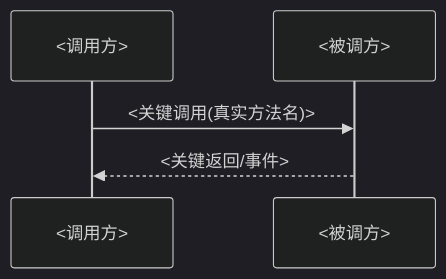
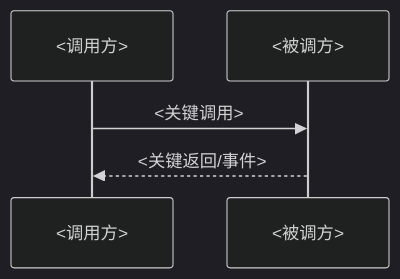
Before and after one commit to MySetsuna/notebooklm-iteration-loop: the second of 2 diagrams in templates/PROJECT-STATE.md, drawn with Mermaid (dark theme). The commit also changed other lines of this file and 26 other files, not shown here.

Commit message:
feat: add incremental token-saving iteration flow

````diff
--- a/templates/PROJECT-STATE.md
+++ b/templates/PROJECT-STATE.md
@@ -32,7 +24,7 @@
 ```mermaid
 sequenceDiagram
   participant A as <调用方>
   participant B as <被调方>
-  A->>B: <关键调用(真实方法名)>
+  A->>B: <关键调用>
   B-->>A: <关键返回/事件>
 ```
````
